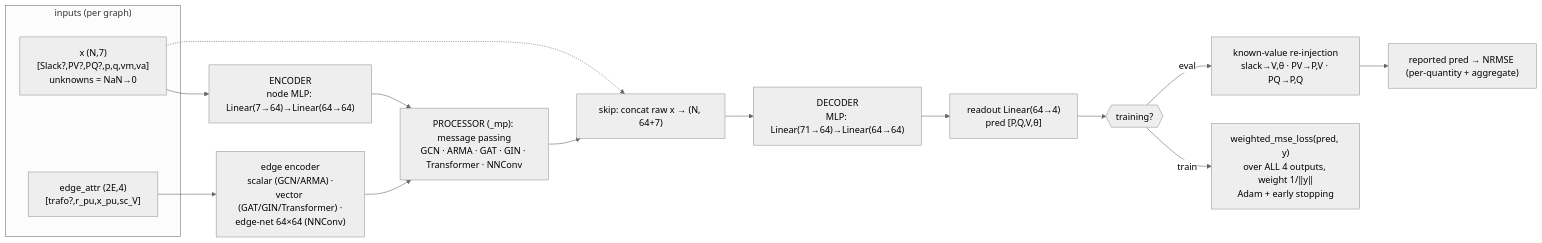
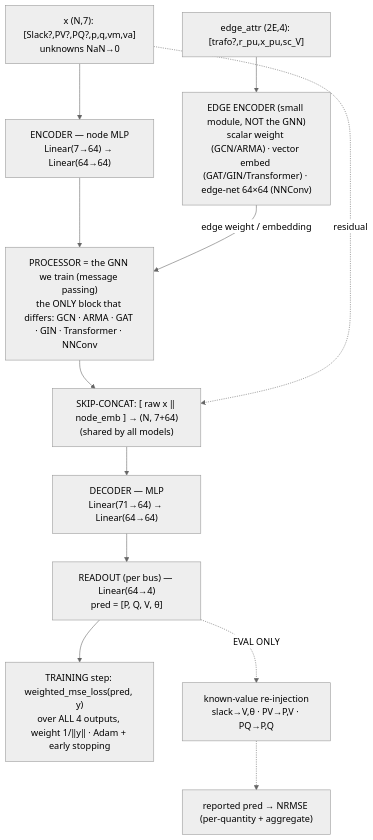
One commit to Davjes15/eval_gnn_generalization_pg changed the second of 2 diagrams in README.md. Above: the diagram before and after it, drawn with Mermaid (neutral theme). The commit also changed other lines of this file, not shown here.

Commit message:
docs(README): clarify training-method diagram — separate edge encoder (not the GNN), processor=GNN, node-level readout, full path runs every step, eval-only re-injection

````diff
--- a/README.md
+++ b/README.md
@@ -55,19 +75,14 @@
 ```mermaid
-flowchart LR
-    subgraph IN["inputs (per graph)"]
-      X["x (N,7)<br/>[Slack?,PV?,PQ?,p,q,vm,va]<br/>unknowns = NaN→0"]
-      EA["edge_attr (2E,4)<br/>[trafo?,r_pu,x_pu,sc_V]"]
-    end
-    X --> ENC["ENCODER<br/>node MLP: Linear(7→64)→Linear(64→64)"]
-    EA --> EE["edge encoder<br/>scalar (GCN/ARMA) ·<br/>vector (GAT/GIN/Transformer) ·<br/>edge-net 64×64 (NNConv)"]
-    ENC --> MP["PROCESSOR (_mp): message passing<br/>GCN · ARMA · GAT · GIN · Transformer · NNConv"]
-    EE --> MP
-    MP --> SK["skip: concat raw x → (N, 64+7)"]
-    X -.-> SK
-    SK --> DEC["DECODER<br/>MLP: Linear(71→64)→Linear(64→64)"]
-    DEC --> RO["readout Linear(64→4)<br/>pred [P,Q,V,θ]"]
-    RO --> TR{{"training?"}}
-    TR -->|train| L["weighted_mse_loss(pred, y)<br/>over ALL 4 outputs, weight 1/‖y‖<br/>Adam + early stopping"]
-    TR -->|eval| RI["known-value re-injection<br/>slack→V,θ · PV→P,V · PQ→P,Q"]
-    RI --> OUT["reported pred → NRMSE (per-quantity + aggregate)"]
+flowchart TD
+    X["x (N,7): [Slack?,PV?,PQ?,p,q,vm,va]<br/>unknowns NaN→0"] --> ENC["ENCODER — node MLP<br/>Linear(7→64) → Linear(64→64)"]
+    EA["edge_attr (2E,4): [trafo?,r_pu,x_pu,sc_V]"] --> EE["EDGE ENCODER (small module, NOT the GNN)<br/>scalar weight (GCN/ARMA) · vector embed (GAT/GIN/Transformer) · edge-net 64×64 (NNConv)"]
+    ENC --> MP["PROCESSOR = the GNN we train (message passing)<br/>the ONLY block that differs: GCN · ARMA · GAT · GIN · Transformer · NNConv"]
+    EE -->|edge weight / embedding| MP
+    MP --> SK["SKIP-CONCAT: [ raw x ‖ node_emb ] → (N, 7+64)<br/>(shared by all models)"]
+    X -.->|residual| SK
+    SK --> DEC["DECODER — MLP<br/>Linear(71→64) → Linear(64→64)"]
+    DEC --> RO["READOUT (per bus) — Linear(64→4)<br/>pred = [P, Q, V, θ]"]
+    RO --> TRAIN["TRAINING step: weighted_mse_loss(pred, y)<br/>over ALL 4 outputs, weight 1/‖y‖ · Adam + early stopping"]
+    RO -.->|EVAL ONLY| RI["known-value re-injection<br/>slack→V,θ · PV→P,V · PQ→P,Q"]
+    RI -.-> OUT["reported pred → NRMSE (per-quantity + aggregate)"]
 ```
````
